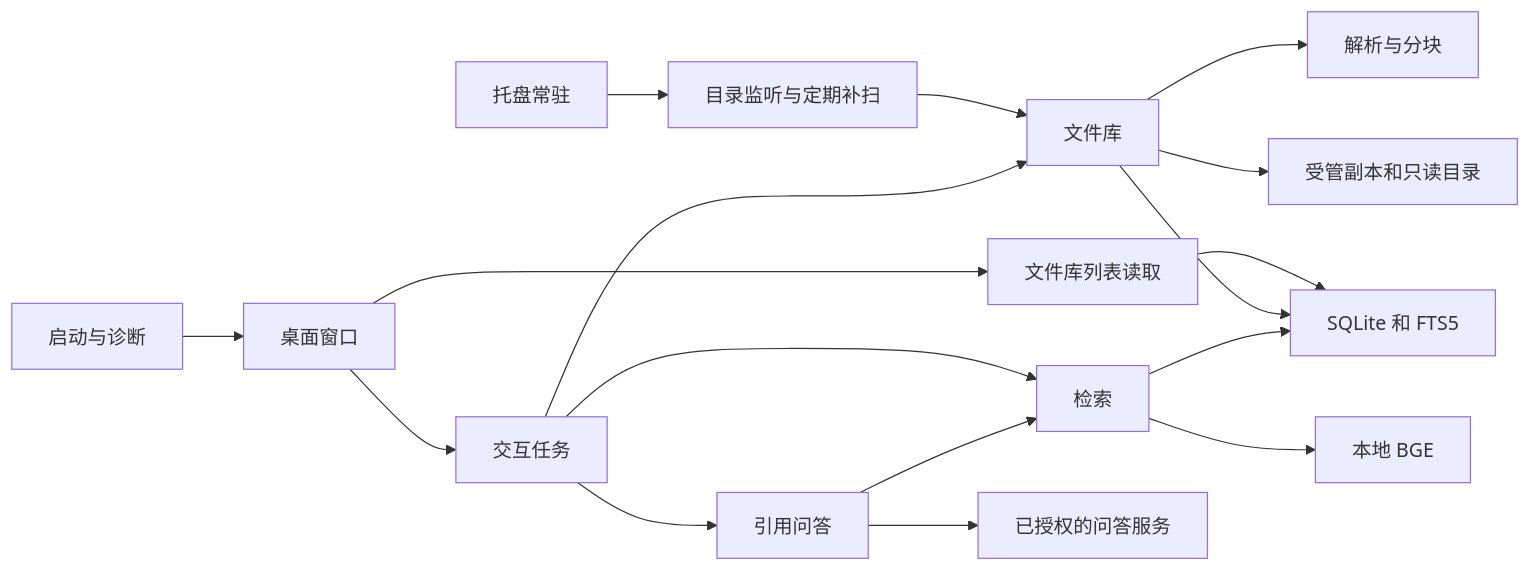
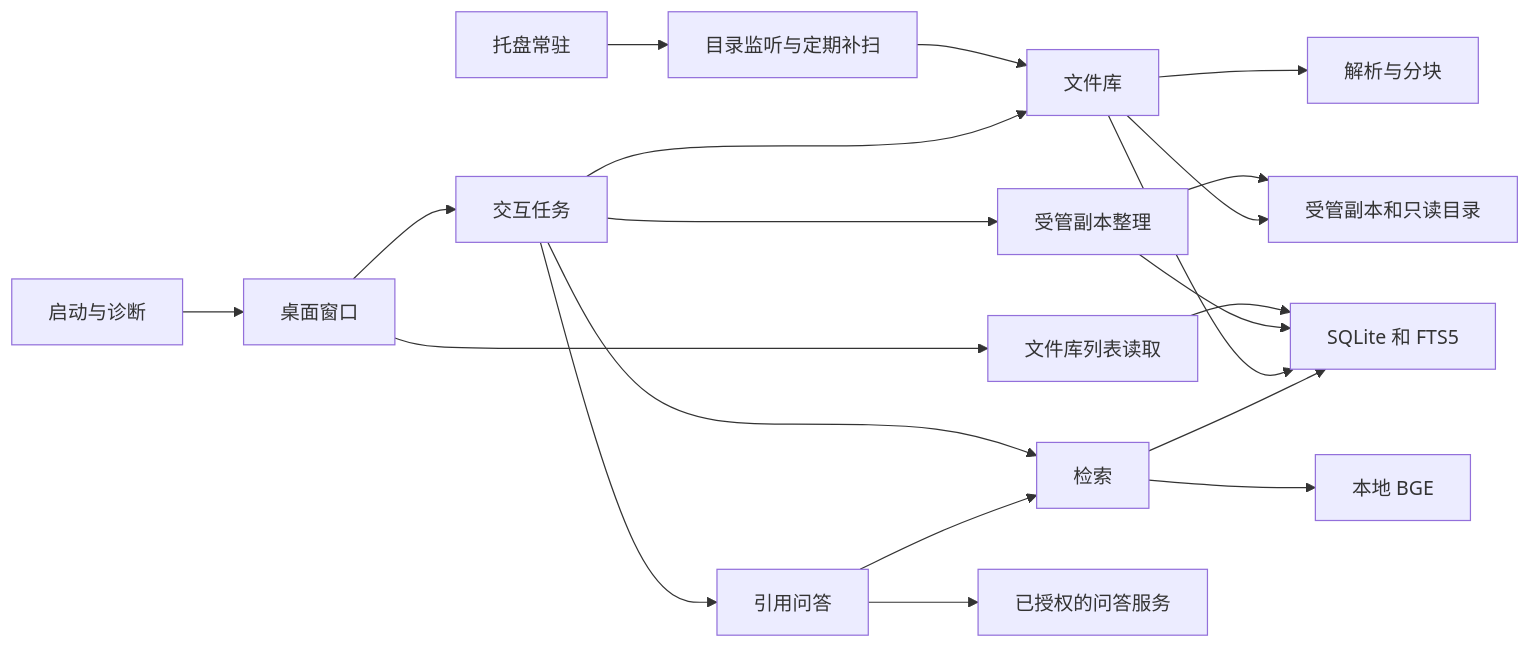
Before and after one commit to We1chan/FileMind: the diagram in docs/architecture.md, drawn with Mermaid. The commit also changed other lines of this file and 14 other files, not shown here.

````diff
--- a/docs/architecture.md
+++ b/docs/architecture.md
@@ -5,19 +5,22 @@
 ```mermaid
 flowchart LR
     Entry["启动与诊断"] --> Window["桌面窗口"]
     Window --> Task["交互任务"]
     Window --> Catalog["文件库列表读取"]
     Catalog --> Store
     Tray["托盘常驻"] --> Monitor["目录监听与定期补扫"]
     Monitor --> Library
     Task --> Library["文件库"]
     Task --> Search["检索"]
     Task --> QA["引用问答"]
+    Task --> Organizer["受管副本整理"]
+    Organizer --> Store
+    Organizer --> Files
     QA --> Search
     QA --> Remote["已授权的问答服务"]
     Library --> Parser["解析与分块"]
     Library --> Files["受管副本和只读目录"]
     Library --> Store["SQLite 和 FTS5"]
     Search --> Store
     Search --> Model["本地 BGE"]
 ```
````
